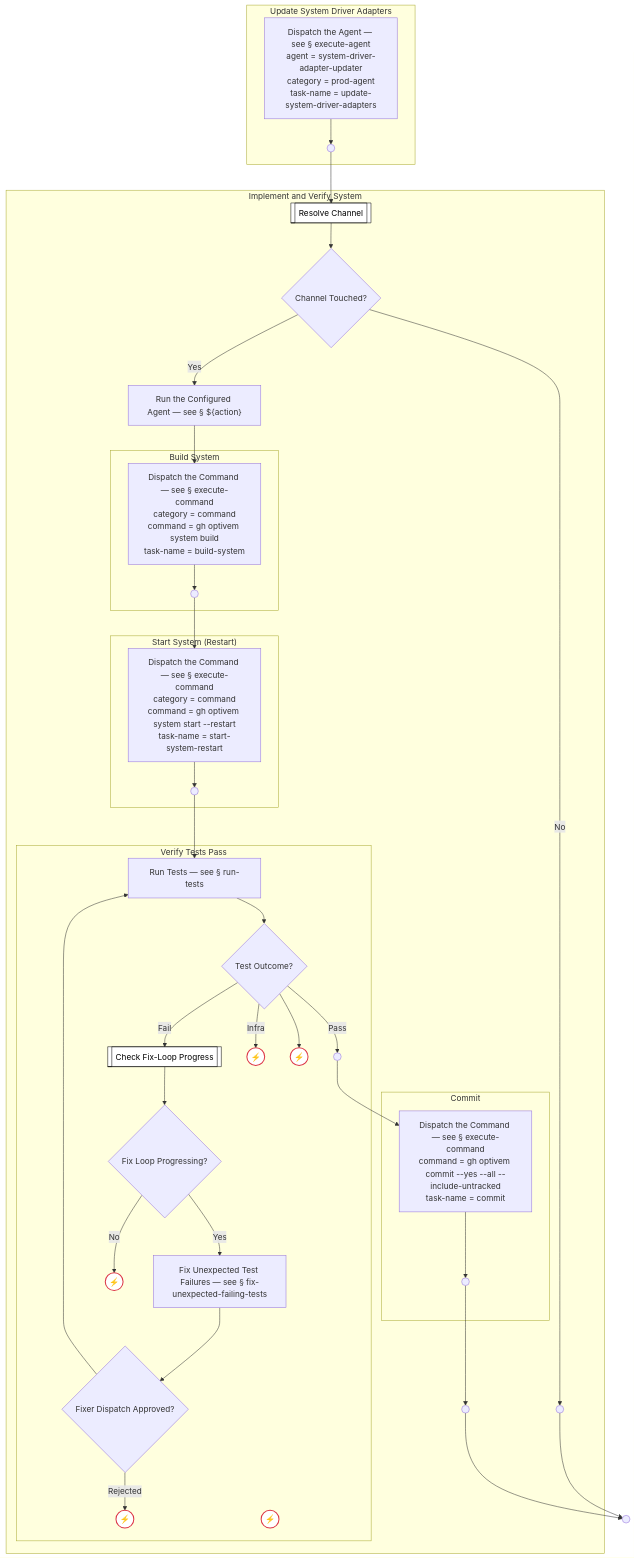
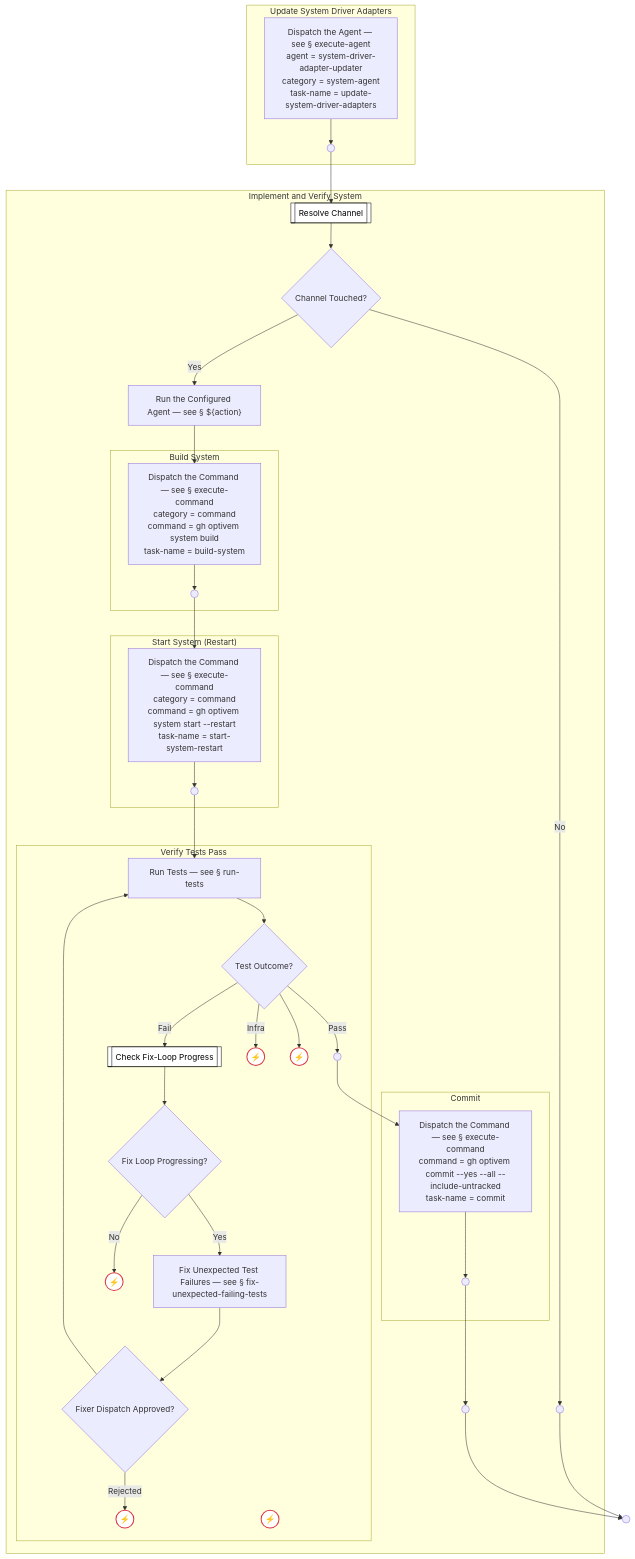
One commit to optivem/gh-optivem changed the seventh of 11 diagrams in docs/process-diagram-expanded.md. Above: the diagram before and after it, drawn with Mermaid. The commit also changed other lines of this file and 12 other files, not shown here.

Commit message:
atdd: regenerate process-flow diagram

````diff
--- a/docs/process-diagram-expanded.md
+++ b/docs/process-diagram-expanded.md
@@ -383,74 +383,74 @@
 ```mermaid
 flowchart TD
     REDESIGN_END(( ))
     subgraph UPDATE_SYSTEM_DRIVER_ADAPTERS[Update System Driver Adapters]
-    UPDATE_SYSTEM_DRIVER_ADAPTERS__EXECUTE_AGENT["Dispatch the Agent — see § execute-agent<br/>agent = system-driver-adapter-updater<br/>category = prod-agent<br/>task-name = update-system-driver-adapters"]
+    UPDATE_SYSTEM_DRIVER_ADAPTERS__EXECUTE_AGENT["Dispatch the Agent — see § execute-agent<br/>agent = system-driver-adapter-updater<br/>category = system-agent<br/>task-name = update-system-driver-adapters"]
     UPDATE_SYSTEM_DRIVER_ADAPTERS__UPDATE_SYS_DA_END(( ))
     end
     subgraph IMPLEMENT_AND_VERIFY_SYSTEM[Implement and Verify System]
     IMPLEMENT_AND_VERIFY_SYSTEM__RESOLVE_CHANNEL[[Resolve Channel]]
     IMPLEMENT_AND_VERIFY_SYSTEM__GATE_CHANNEL_TOUCHED{Channel Touched?}
     IMPLEMENT_AND_VERIFY_SYSTEM__RUN_ACTION["Run the Configured Agent — see § ${action}"]
     IMPLEMENT_AND_VERIFY_SYSTEM__CHANNEL_SKIPPED(( ))
     IMPLEMENT_AND_VERIFY_SYSTEM__IMPL_AND_VERIFY_SYSTEM_END(( ))
     subgraph IMPLEMENT_AND_VERIFY_SYSTEM__BUILD_SYSTEM[Build System]
     IMPLEMENT_AND_VERIFY_SYSTEM__BUILD_SYSTEM__EXECUTE_COMMAND["Dispatch the Command — see § execute-command<br/>category = command<br/>command = gh optivem system build<br/>task-name = build-system"]
     IMPLEMENT_AND_VERIFY_SYSTEM__BUILD_SYSTEM__BUILD_SYS_END(( ))
     end
     subgraph IMPLEMENT_AND_VERIFY_SYSTEM__START_SYSTEM["Start System (Restart)"]
     IMPLEMENT_AND_VERIFY_SYSTEM__START_SYSTEM__EXECUTE_COMMAND["Dispatch the Command — see § execute-command<br/>category = command<br/>command = gh optivem system start --restart<br/>task-name = start-system-restart"]
     IMPLEMENT_AND_VERIFY_SYSTEM__START_SYSTEM__START_SYS_RESTART_END(( ))
     end
     subgraph IMPLEMENT_AND_VERIFY_SYSTEM__VERIFY_TESTS_PASS[Verify Tests Pass]
     IMPLEMENT_AND_VERIFY_SYSTEM__VERIFY_TESTS_PASS__RUN_TESTS[Run Tests — see § run-tests]
     IMPLEMENT_AND_VERIFY_SYSTEM__VERIFY_TESTS_PASS__GATE_TESTS_OUTCOME{Test Outcome?}
     IMPLEMENT_AND_VERIFY_SYSTEM__VERIFY_TESTS_PASS__VERIFY_PASS_END(( ))
     IMPLEMENT_AND_VERIFY_SYSTEM__VERIFY_TESTS_PASS__CHECK_FIX_PROGRESS[[Check Fix-Loop Progress]]
     IMPLEMENT_AND_VERIFY_SYSTEM__VERIFY_TESTS_PASS__TESTS_INFRA_HALT((⚡))
     IMPLEMENT_AND_VERIFY_SYSTEM__VERIFY_TESTS_PASS__UNKNOWN_TESTS_OUTCOME((⚡))
     IMPLEMENT_AND_VERIFY_SYSTEM__VERIFY_TESTS_PASS__GATE_FIX_PROGRESSING{Fix Loop Progressing?}
     IMPLEMENT_AND_VERIFY_SYSTEM__VERIFY_TESTS_PASS__FIX_UNEXPECTED_FAILING_TESTS[Fix Unexpected Test Failures — see § fix-unexpected-failing-tests]
     IMPLEMENT_AND_VERIFY_SYSTEM__VERIFY_TESTS_PASS__FIX_LOOP_NO_PROGRESS_EXHAUSTED((⚡))
     IMPLEMENT_AND_VERIFY_SYSTEM__VERIFY_TESTS_PASS__GATE_FIX_FLOW_APPROVED{Fixer Dispatch Approved?}
     IMPLEMENT_AND_VERIFY_SYSTEM__VERIFY_TESTS_PASS__FIX_FLOW_NOT_APPROVED((⚡))
     IMPLEMENT_AND_VERIFY_SYSTEM__VERIFY_TESTS_PASS__FIX_LOOP_EXHAUSTED((⚡))
     end
     subgraph IMPLEMENT_AND_VERIFY_SYSTEM__COMMIT_SYSTEM[Commit]
     IMPLEMENT_AND_VERIFY_SYSTEM__COMMIT_SYSTEM__EXECUTE_COMMAND["Dispatch the Command — see § execute-command<br/>command = gh optivem commit --yes --all --include-untracked<br/>task-name = commit"]
     IMPLEMENT_AND_VERIFY_SYSTEM__COMMIT_SYSTEM__COMMIT_MID_END(( ))
     end
     end
 
     UPDATE_SYSTEM_DRIVER_ADAPTERS__EXECUTE_AGENT --> UPDATE_SYSTEM_DRIVER_ADAPTERS__UPDATE_SYS_DA_END
     IMPLEMENT_AND_VERIFY_SYSTEM__BUILD_SYSTEM__EXECUTE_COMMAND --> IMPLEMENT_AND_VERIFY_SYSTEM__BUILD_SYSTEM__BUILD_SYS_END
     IMPLEMENT_AND_VERIFY_SYSTEM__START_SYSTEM__EXECUTE_COMMAND --> IMPLEMENT_AND_VERIFY_SYSTEM__START_SYSTEM__START_SYS_RESTART_END
     IMPLEMENT_AND_VERIFY_SYSTEM__VERIFY_TESTS_PASS__RUN_TESTS --> IMPLEMENT_AND_VERIFY_SYSTEM__VERIFY_TESTS_PASS__GATE_TESTS_OUTCOME
     IMPLEMENT_AND_VERIFY_SYSTEM__VERIFY_TESTS_PASS__GATE_TESTS_OUTCOME -- Pass --> IMPLEMENT_AND_VERIFY_SYSTEM__VERIFY_TESTS_PASS__VERIFY_PASS_END
     IMPLEMENT_AND_VERIFY_SYSTEM__VERIFY_TESTS_PASS__GATE_TESTS_OUTCOME -- Fail --> IMPLEMENT_AND_VERIFY_SYSTEM__VERIFY_TESTS_PASS__CHECK_FIX_PROGRESS
     IMPLEMENT_AND_VERIFY_SYSTEM__VERIFY_TESTS_PASS__GATE_TESTS_OUTCOME -- Infra --> IMPLEMENT_AND_VERIFY_SYSTEM__VERIFY_TESTS_PASS__TESTS_INFRA_HALT
     IMPLEMENT_AND_VERIFY_SYSTEM__VERIFY_TESTS_PASS__GATE_TESTS_OUTCOME --> IMPLEMENT_AND_VERIFY_SYSTEM__VERIFY_TESTS_PASS__UNKNOWN_TESTS_OUTCOME
     IMPLEMENT_AND_VERIFY_SYSTEM__VERIFY_TESTS_PASS__CHECK_FIX_PROGRESS --> IMPLEMENT_AND_VERIFY_SYSTEM__VERIFY_TESTS_PASS__GATE_FIX_PROGRESSING
     IMPLEMENT_AND_VERIFY_SYSTEM__VERIFY_TESTS_PASS__GATE_FIX_PROGRESSING -- Yes --> IMPLEMENT_AND_VERIFY_SYSTEM__VERIFY_TESTS_PASS__FIX_UNEXPECTED_FAILING_TESTS
     IMPLEMENT_AND_VERIFY_SYSTEM__VERIFY_TESTS_PASS__GATE_FIX_PROGRESSING -- No --> IMPLEMENT_AND_VERIFY_SYSTEM__VERIFY_TESTS_PASS__FIX_LOOP_NO_PROGRESS_EXHAUSTED
     IMPLEMENT_AND_VERIFY_SYSTEM__VERIFY_TESTS_PASS__FIX_UNEXPECTED_FAILING_TESTS --> IMPLEMENT_AND_VERIFY_SYSTEM__VERIFY_TESTS_PASS__GATE_FIX_FLOW_APPROVED
     IMPLEMENT_AND_VERIFY_SYSTEM__VERIFY_TESTS_PASS__GATE_FIX_FLOW_APPROVED -- Rejected --> IMPLEMENT_AND_VERIFY_SYSTEM__VERIFY_TESTS_PASS__FIX_FLOW_NOT_APPROVED
     IMPLEMENT_AND_VERIFY_SYSTEM__VERIFY_TESTS_PASS__GATE_FIX_FLOW_APPROVED --> IMPLEMENT_AND_VERIFY_SYSTEM__VERIFY_TESTS_PASS__RUN_TESTS
     IMPLEMENT_AND_VERIFY_SYSTEM__COMMIT_SYSTEM__EXECUTE_COMMAND --> IMPLEMENT_AND_VERIFY_SYSTEM__COMMIT_SYSTEM__COMMIT_MID_END
     IMPLEMENT_AND_VERIFY_SYSTEM__RESOLVE_CHANNEL --> IMPLEMENT_AND_VERIFY_SYSTEM__GATE_CHANNEL_TOUCHED
     IMPLEMENT_AND_VERIFY_SYSTEM__GATE_CHANNEL_TOUCHED -- Yes --> IMPLEMENT_AND_VERIFY_SYSTEM__RUN_ACTION
     IMPLEMENT_AND_VERIFY_SYSTEM__GATE_CHANNEL_TOUCHED -- No --> IMPLEMENT_AND_VERIFY_SYSTEM__CHANNEL_SKIPPED
     IMPLEMENT_AND_VERIFY_SYSTEM__RUN_ACTION --> IMPLEMENT_AND_VERIFY_SYSTEM__BUILD_SYSTEM__EXECUTE_COMMAND
     IMPLEMENT_AND_VERIFY_SYSTEM__BUILD_SYSTEM__BUILD_SYS_END --> IMPLEMENT_AND_VERIFY_SYSTEM__START_SYSTEM__EXECUTE_COMMAND
     IMPLEMENT_AND_VERIFY_SYSTEM__START_SYSTEM__START_SYS_RESTART_END --> IMPLEMENT_AND_VERIFY_SYSTEM__VERIFY_TESTS_PASS__RUN_TESTS
     IMPLEMENT_AND_VERIFY_SYSTEM__VERIFY_TESTS_PASS__VERIFY_PASS_END --> IMPLEMENT_AND_VERIFY_SYSTEM__COMMIT_SYSTEM__EXECUTE_COMMAND
     IMPLEMENT_AND_VERIFY_SYSTEM__COMMIT_SYSTEM__COMMIT_MID_END --> IMPLEMENT_AND_VERIFY_SYSTEM__IMPL_AND_VERIFY_SYSTEM_END
     UPDATE_SYSTEM_DRIVER_ADAPTERS__UPDATE_SYS_DA_END --> IMPLEMENT_AND_VERIFY_SYSTEM__RESOLVE_CHANNEL
     IMPLEMENT_AND_VERIFY_SYSTEM__CHANNEL_SKIPPED --> REDESIGN_END
     IMPLEMENT_AND_VERIFY_SYSTEM__IMPL_AND_VERIFY_SYSTEM_END --> REDESIGN_END
 
     classDef serviceNode fill:#ffffff,stroke:#000000,stroke-width:1px,color:#000000
     class IMPLEMENT_AND_VERIFY_SYSTEM__RESOLVE_CHANNEL,IMPLEMENT_AND_VERIFY_SYSTEM__VERIFY_TESTS_PASS__CHECK_FIX_PROGRESS serviceNode
 
     classDef errorEndNode fill:#ffffff,stroke:#dc3545,stroke-width:2px,color:#000000
     class IMPLEMENT_AND_VERIFY_SYSTEM__VERIFY_TESTS_PASS__TESTS_INFRA_HALT,IMPLEMENT_AND_VERIFY_SYSTEM__VERIFY_TESTS_PASS__UNKNOWN_TESTS_OUTCOME,IMPLEMENT_AND_VERIFY_SYSTEM__VERIFY_TESTS_PASS__FIX_LOOP_NO_PROGRESS_EXHAUSTED,IMPLEMENT_AND_VERIFY_SYSTEM__VERIFY_TESTS_PASS__FIX_FLOW_NOT_APPROVED,IMPLEMENT_AND_VERIFY_SYSTEM__VERIFY_TESTS_PASS__FIX_LOOP_EXHAUSTED errorEndNode
 ```
````
